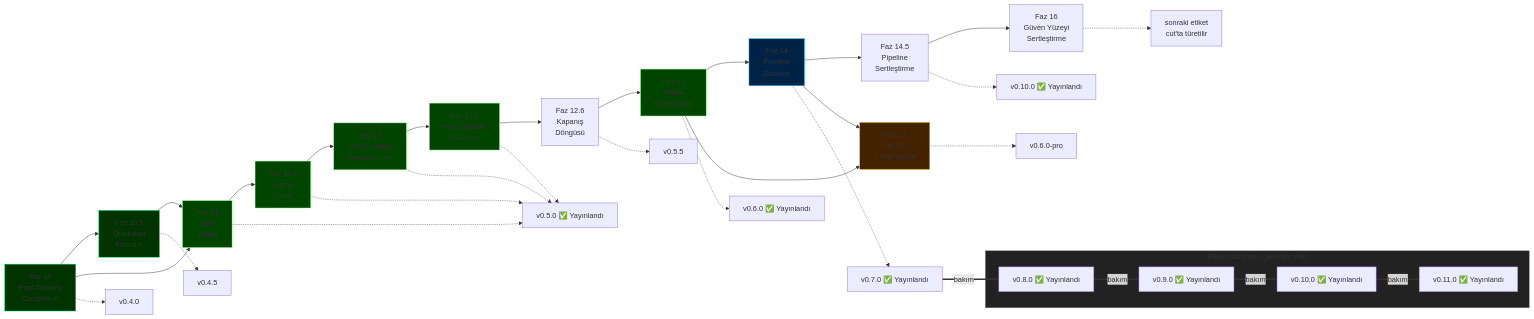
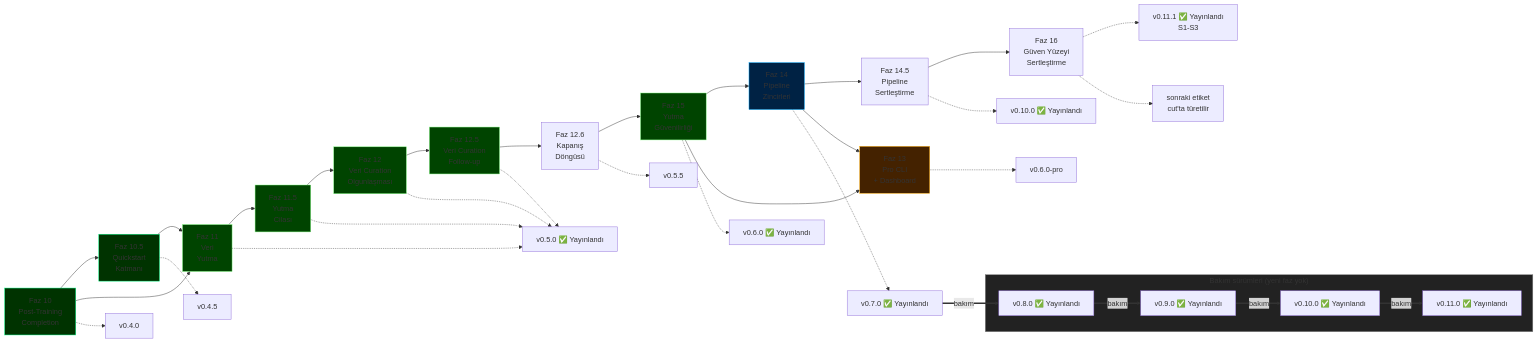
One commit to HodeTech/ForgeLM changed the diagram in docs/roadmap-tr.md. Above: the diagram before and after it, drawn with Mermaid. The commit also changed other lines of this file and 27 other files, not shown here.

````diff
--- a/docs/roadmap-tr.md
+++ b/docs/roadmap-tr.md
@@ -51,52 +51,53 @@
 ```mermaid
 graph LR
     P10[Faz 10<br/>Post-Training<br/>Completion] --> P105[Faz 10.5<br/>Quickstart<br/>Katmanı]
     P10 --> P11[Faz 11<br/>Veri<br/>Yutma]
     P105 --> P11
     P11 --> P115[Faz 11.5<br/>Yutma<br/>Cilası]
     P115 --> P12[Faz 12<br/>Veri Curation<br/>Olgunlaşması]
     P12 --> P125[Faz 12.5<br/>Veri Curation<br/>Follow-up]
     P125 --> P126[Faz 12.6<br/>Kapanış<br/>Döngüsü]
     P126 --> P15[Faz 15<br/>Yutma<br/>Güvenilirliği]
     P15 --> P14[Faz 14<br/>Pipeline<br/>Zincirleri]
     P14 --> P145[Faz 14.5<br/>Pipeline<br/>Sertleştirme]
     P145 --> P16[Faz 16<br/>Güven Yüzeyi<br/>Sertleştirme]
     P14 --> P13[Faz 13<br/>Pro CLI<br/>+ Dashboard]
     P15 --> P13
 
     P10 -.-> V1[v0.4.0]
     P105 -.-> V15[v0.4.5]
     P11 -.-> V2[v0.5.0 ✅ Yayınlandı]
     P115 -.-> V2
     P12 -.-> V2
     P125 -.-> V2
     P126 -.-> V25[v0.5.5]
     P15 -.-> V23[v0.6.0 ✅ Yayınlandı]
     P14 -.-> V27[v0.7.0 ✅ Yayınlandı]
     P145 -.-> V275[v0.10.0 ✅ Yayınlandı]
     P13 -.-> V3[v0.6.0-pro]
+    P16 -.-> V311[v0.11.1 ✅ Yayınlandı<br/>S1-S3]
     P16 -.-> V32[sonraki etiket<br/>cut'ta türetilir]
 
     subgraph MAINT["Bakım sürümleri (yeni faz yok)"]
         V28[v0.8.0 ✅ Yayınlandı]
         V29[v0.9.0 ✅ Yayınlandı]
         V30[v0.10.0 ✅ Yayınlandı]
         V31[v0.11.0 ✅ Yayınlandı]
     end
 
     V27 ==>|bakım| V28
     V28 ==>|bakım| V29
     V29 ==>|bakım| V30
     V30 ==>|bakım| V31
 
     style P10 fill:#003300,stroke:#00ff88
     style P105 fill:#003300,stroke:#00ff88
     style P11 fill:#004400,stroke:#88ff88
     style P115 fill:#004400,stroke:#88ff88
     style P12 fill:#004400,stroke:#88ff88
     style P125 fill:#004400,stroke:#88ff88
     style P15 fill:#004400,stroke:#88ff88
     style P14 fill:#002244,stroke:#00aaff
     style P13 fill:#442200,stroke:#ffaa00
     style MAINT fill:#222222,stroke:#888888
 ```
````
